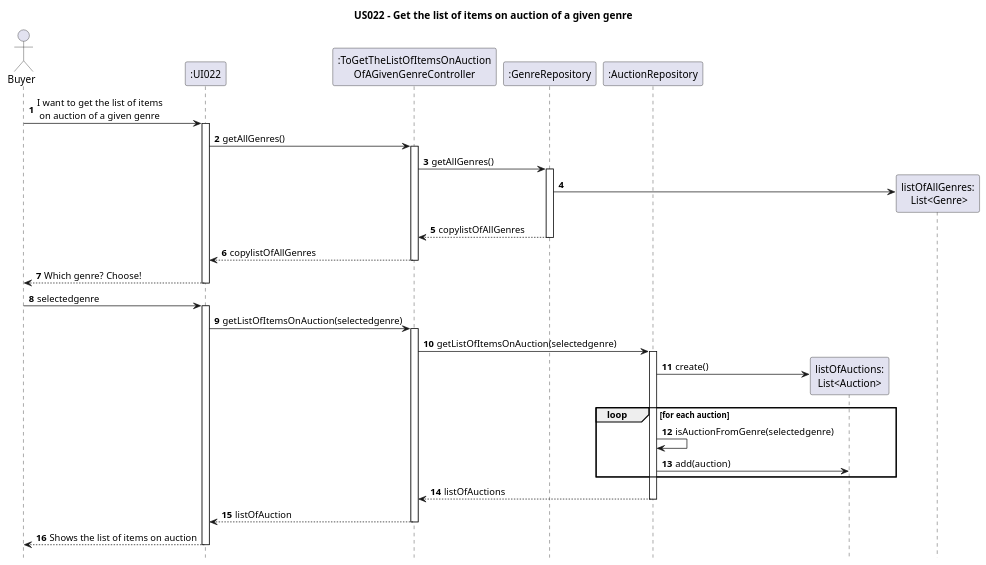
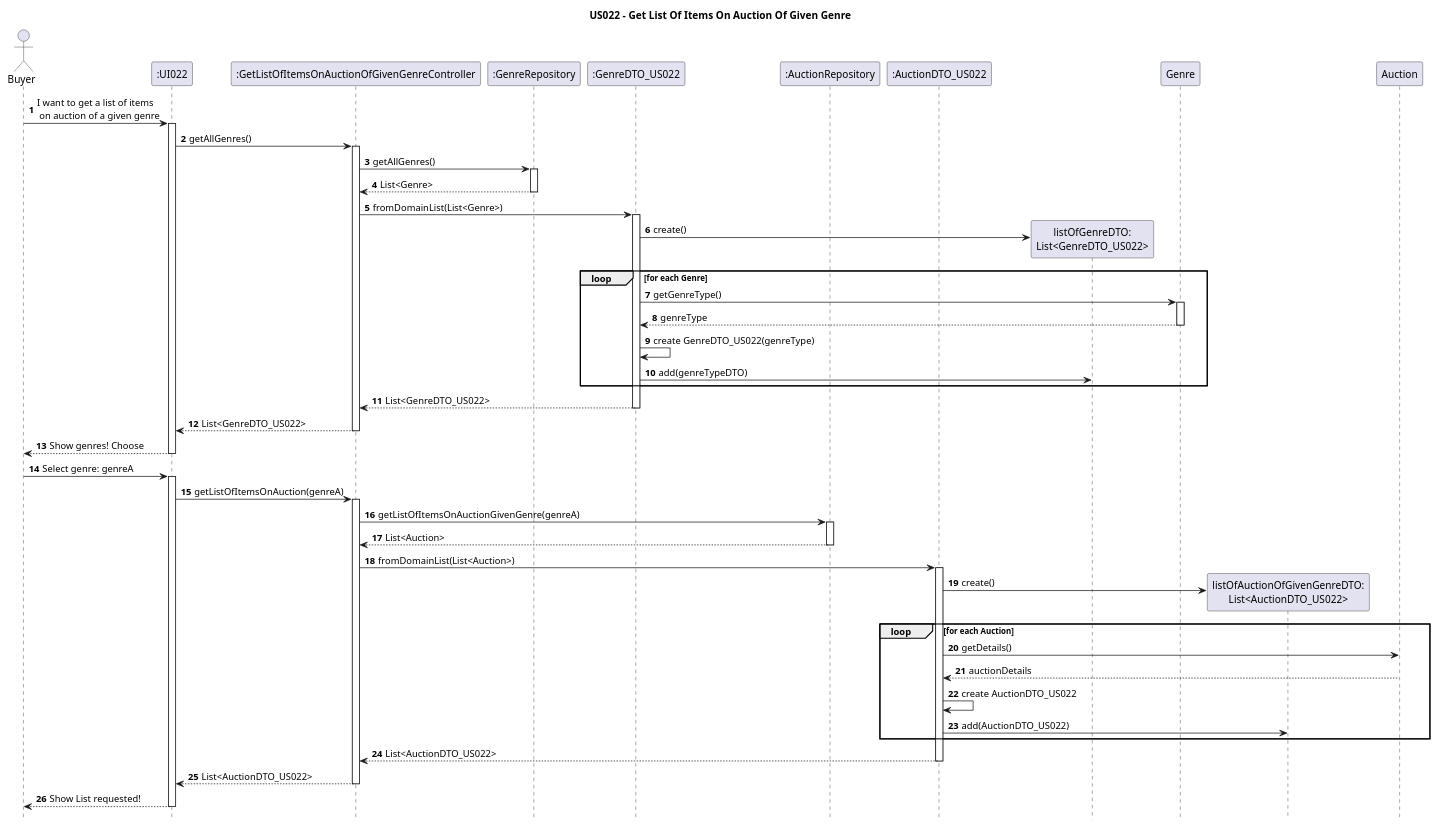
The diagram in Diagrams/SequenceDiagrams/N2/US022-to-get-the-list-of-items-on-auction-of-a-given-genre.puml (AndrePereiraGitH/SWitCH-Project-Team_A), drawn with PlantUML before and after one commit. The commit also changed 1 other file, not shown here.

Commit message:
Close #75 #74, Improving Diagrams

```diff
--- a/Diagrams/SequenceDiagrams/N2/US022-to-get-the-list-of-items-on-auction-of-a-given-genre.puml
+++ b/Diagrams/SequenceDiagrams/N2/US022-to-get-the-list-of-items-on-auction-of-a-given-genre.puml
@@ -1,95 +1,74 @@
 @startuml
 autonumber
 hide footbox
-title US022 - Get the list of items on auction of a given genre
+title US022 - Get List Of Items On Auction Of Given Genre
 
 actor Buyer
 
-' Participants
 participant ":UI022" as UI
-participant ":ToGetTheListOfItemsOnAuction\nOfAGivenGenreController" as Ctrl
+participant ":GetListOfItemsOnAuctionOfGivenGenreController" as Ctrl
 participant ":GenreRepository" as GenreRepo
-'participant ":GenreMapper_US022" as GenreMapper_US022
-'participant "genreDTO:\nGenreDTO_US022" as GenreDTO
-'participant ":AuctionMapper_US022" as Mapper
+participant ":GenreDTO_US022" as GenreDTO
 participant ":AuctionRepository" as AuctionRepo
-participant "listOfAuctions:\nList<Auction>" as ListAuc
-'participant ":Auction" as AuctionDomain
-'participant "auctionDTO:\nAuctionDTO_US022" as DTO
-'participant "listOfAuctionsDTO:\nList<AuctionDTO_US022>" as ListDTO
-
-' Interactions
-Buyer -> UI : I want to get the list of items\n on auction of a given genre
-activate UI
+participant ":AuctionDTO_US022" as AuctionDTO
 
 
+Buyer -> UI : I want to get a list of items\n on auction of a given genre
+activate UI
 UI -> Ctrl : getAllGenres()
 activate Ctrl
-
 Ctrl -> GenreRepo : getAllGenres()
 activate GenreRepo
-create "listOfAllGenres:\n List<Genre>" as LG
-GenreRepo -> LG
-GenreRepo --> Ctrl : copylistOfAllGenres
+GenreRepo --> Ctrl : List<Genre>
 deactivate GenreRepo
 
-/'Ctrl -> GenreMapper_US022: toDTO(listOfAllGenre)
-activate GenreMapper_US022
-GenreMapper_US022 -> GenreDTO **
-GenreMapper_US022 --> Ctrl: listOfAllGenreDTO
-deactivate GenreMapper_US022'/
+Ctrl -> GenreDTO : fromDomainList(List<Genre>)
 
-Ctrl --> UI : copylistOfAllGenres
+activate GenreDTO
+create "listOfGenreDTO:\nList<GenreDTO_US022>" as listDTO
+GenreDTO -> listDTO : create()
+loop for each Genre
+    GenreDTO -> Genre : getGenreType()
+    activate Genre
+    Genre --> GenreDTO : genreType
+    deactivate Genre
+    GenreDTO -> GenreDTO : create GenreDTO_US022(genreType)
+    GenreDTO -> listDTO : add(genreTypeDTO)
+end
+GenreDTO --> Ctrl : List<GenreDTO_US022>
+deactivate GenreDTO
+
+Ctrl --> UI : List<GenreDTO_US022>
 deactivate Ctrl
-
-UI --> Buyer : Which genre? Choose!
+UI --> Buyer : Show genres! Choose
 deactivate UI
 
-Buyer -> UI : selectedgenre
+Buyer -> UI : Select genre: genreA
 activate UI
-
-UI -> Ctrl : getListOfItemsOnAuction(selectedgenre)
+UI -> Ctrl : getListOfItemsOnAuction(genreA)
 activate Ctrl
-
-Ctrl -> AuctionRepo : getListOfItemsOnAuction(selectedgenre)
+Ctrl -> AuctionRepo : getListOfItemsOnAuctionGivenGenre(genreA)
 activate AuctionRepo
-
-
-'*loop for each auction
-'    AuctionRepo -> AuctionRepo : checkAuctionGenre(genre)
-'end
-
-AuctionRepo -> ListAuc ** : create()
-loop for each auction
-    AuctionRepo -> AuctionRepo : isAuctionFromGenre(selectedgenre)
-    AuctionRepo -> ListAuc : add(auction)
-end
-
-AuctionRepo --> Ctrl : listOfAuctions
+AuctionRepo --> Ctrl : List<Auction>
 deactivate AuctionRepo
 
-'Ctrl -> Mapper : toDTO(listOfAuctions)
-'activate Mapper
+Ctrl -> AuctionDTO : fromDomainList(List<Auction>)
 
-'Mapper -> ListDTO ** :
+activate AuctionDTO
+create "listOfAuctionOfGivenGenreDTO:\nList<AuctionDTO_US022>" as listADTO
+AuctionDTO -> listADTO : create()
+loop for each Auction
+    AuctionDTO -> Auction : getDetails()
+    Auction --> AuctionDTO : auctionDetails
+        AuctionDTO -> AuctionDTO : create AuctionDTO_US022
+        AuctionDTO -> listADTO : add(AuctionDTO_US022)
+end
+AuctionDTO --> Ctrl : List<AuctionDTO_US022>
+deactivate AuctionDTO
 
-   ' loop for each auction
-
-    '    Mapper -> DTO **
-
-     '   Mapper -> Mapper : listOfAuctionsDTO.add(auctionDTO)
-    'end
-
-/'Mapper --> Ctrl : listOfAuctionsDTO
-deactivate Mapper
-
-Ctrl --> UI : listOfAuctionsDTO
-deactivate Ctrl'/
-
-Ctrl --> UI : listOfAuction
+Ctrl --> UI : List<AuctionDTO_US022>
 deactivate Ctrl
-
-UI --> Buyer : Shows the list of items on auction
+UI --> Buyer : Show List requested!
 deactivate UI
 
 @enduml
```
